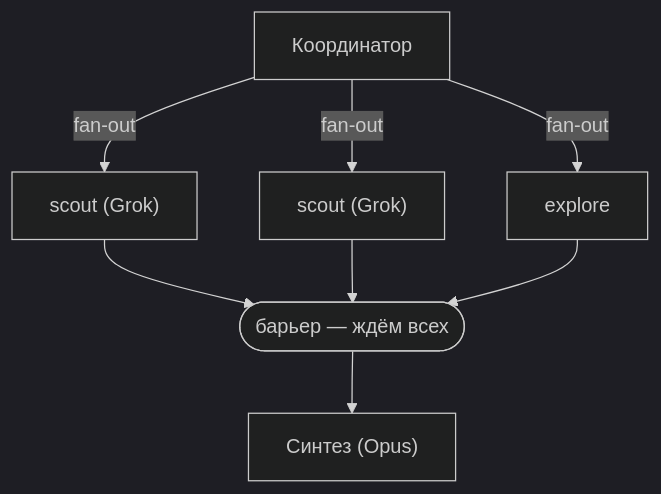
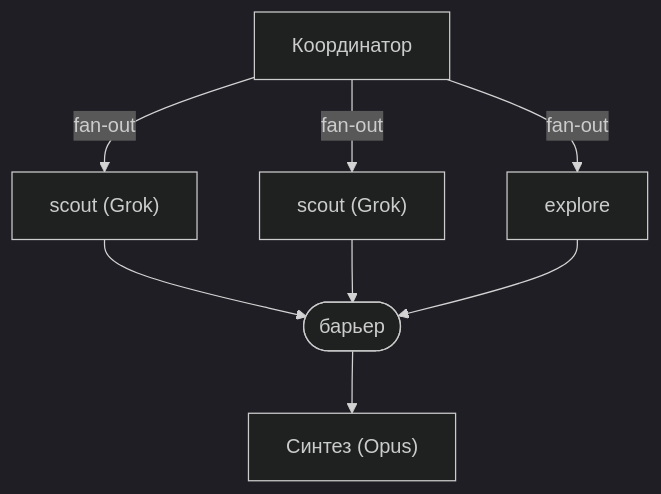
One commit to serejaris/sereja.tech changed the second of 2 diagrams in content/blog/omp-orchestration.md. Above: the diagram before and after it, drawn with Mermaid (dark theme). The commit also changed other lines of this file, not shown here.

Commit message:
docs(blog): concise mermaid labels and fewer em-dashes in omp-orchestration

````diff
--- a/content/blog/omp-orchestration.md
+++ b/content/blog/omp-orchestration.md
@@ -71,11 +71,11 @@
 ```mermaid
 flowchart TD
     C["Координатор"]
     C -->|fan-out| S1["scout (Grok)"]
     C -->|fan-out| S2["scout (Grok)"]
     C -->|fan-out| E["explore"]
-    S1 --> B(["барьер — ждём всех"])
+    S1 --> B(["барьер"])
     S2 --> B
     E --> B
     B --> Syn["Синтез (Opus)"]
 ```
````
